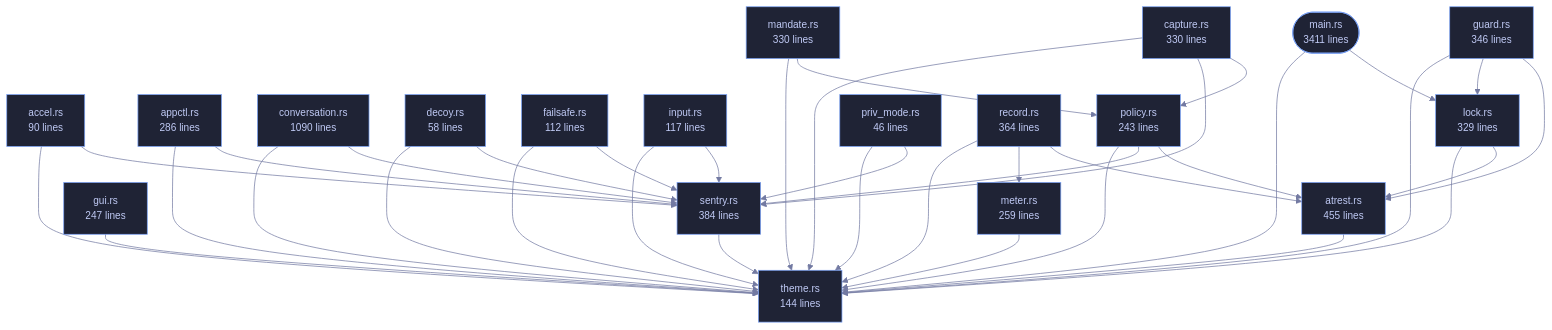
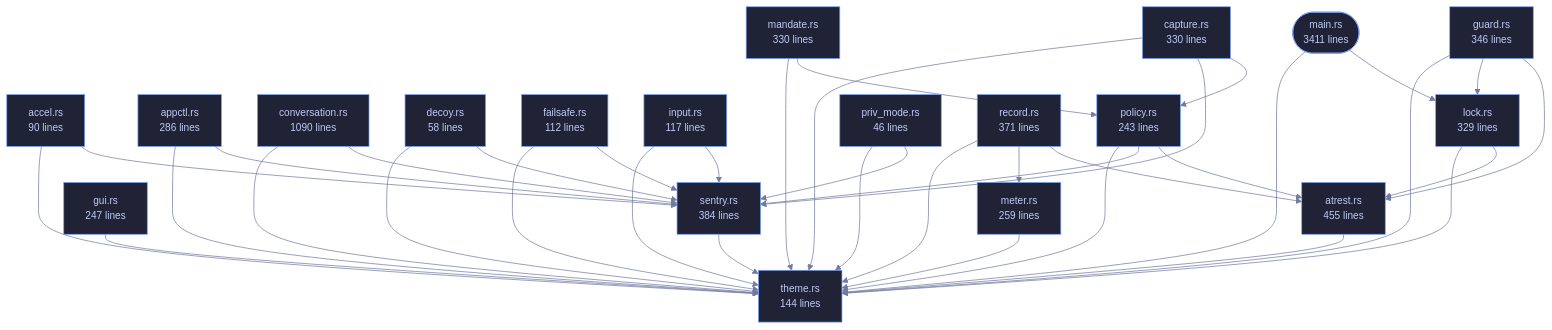
Before and after one commit to tilas01/veilvoice: the diagram in wiki/Crate-veilvoice-cli.md, drawn with Mermaid. The commit also changed other lines of this file and 100 other files, not shown here.

````diff
--- a/wiki/Crate-veilvoice-cli.md
+++ b/wiki/Crate-veilvoice-cli.md
@@ -97,78 +97,78 @@
 ```mermaid
 %%{init: {"theme":"base","themeVariables":{"background":"#1a1b26","primaryColor":"#1f2335","primaryTextColor":"#c0caf5","primaryBorderColor":"#7aa2f7","secondaryColor":"#16161e","tertiaryColor":"#16161e","lineColor":"#737aa2","textColor":"#c0caf5","mainBkg":"#1f2335","nodeBorder":"#7aa2f7","clusterBkg":"#16161e","clusterBorder":"#2f3549","fontFamily":"ui-monospace, SFMono-Regular, Consolas, monospace","fontSize":"14px"}}}%%
 flowchart TD
     n_main(["main.rs<br/>3411 lines"])
     n_accel["accel.rs<br/>90 lines"]
     n_appctl["appctl.rs<br/>286 lines"]
     n_atrest["atrest.rs<br/>455 lines"]
     n_capture["capture.rs<br/>330 lines"]
     n_conversation["conversation.rs<br/>1090 lines"]
     n_decoy["decoy.rs<br/>58 lines"]
     n_failsafe["failsafe.rs<br/>112 lines"]
     n_guard["guard.rs<br/>346 lines"]
     n_gui["gui.rs<br/>247 lines"]
     n_input["input.rs<br/>117 lines"]
     n_lock["lock.rs<br/>329 lines"]
     n_mandate["mandate.rs<br/>330 lines"]
     n_meter["meter.rs<br/>259 lines"]
     n_policy["policy.rs<br/>243 lines"]
     n_priv_mode["priv_mode.rs<br/>46 lines"]
-    n_record["record.rs<br/>364 lines"]
+    n_record["record.rs<br/>371 lines"]
     n_sentry["sentry.rs<br/>384 lines"]
     n_theme["theme.rs<br/>144 lines"]
     n_accel --> n_sentry
     n_accel --> n_theme
     n_appctl --> n_sentry
     n_appctl --> n_theme
     n_atrest --> n_theme
     n_capture --> n_policy
     n_capture --> n_sentry
     n_capture --> n_theme
     n_conversation --> n_sentry
     n_conversation --> n_theme
     n_decoy --> n_sentry
     n_decoy --> n_theme
     n_failsafe --> n_sentry
     n_failsafe --> n_theme
     n_guard --> n_atrest
     n_guard --> n_lock
     n_guard --> n_theme
     n_gui --> n_theme
     n_input --> n_sentry
     n_input --> n_theme
     n_lock --> n_atrest
     n_lock --> n_theme
     n_main --> n_lock
     n_main --> n_theme
     n_mandate --> n_policy
     n_mandate --> n_theme
     n_meter --> n_theme
     n_policy --> n_atrest
     n_policy --> n_sentry
     n_policy --> n_theme
     n_priv_mode --> n_sentry
     n_priv_mode --> n_theme
     n_record --> n_atrest
     n_record --> n_meter
     n_record --> n_theme
     n_sentry --> n_theme
     click n_main href "https://github.com/tilas01/veilvoice/blob/main/crates/veilvoice-cli/src/main.rs" "open the source"
     click n_accel href "https://github.com/tilas01/veilvoice/blob/main/crates/veilvoice-cli/src/accel.rs" "open the source"
     click n_appctl href "https://github.com/tilas01/veilvoice/blob/main/crates/veilvoice-cli/src/appctl.rs" "open the source"
     click n_atrest href "https://github.com/tilas01/veilvoice/blob/main/crates/veilvoice-cli/src/atrest.rs" "open the source"
     click n_capture href "https://github.com/tilas01/veilvoice/blob/main/crates/veilvoice-cli/src/capture.rs" "open the source"
     click n_conversation href "https://github.com/tilas01/veilvoice/blob/main/crates/veilvoice-cli/src/conversation.rs" "open the source"
     click n_decoy href "https://github.com/tilas01/veilvoice/blob/main/crates/veilvoice-cli/src/decoy.rs" "open the source"
     click n_failsafe href "https://github.com/tilas01/veilvoice/blob/main/crates/veilvoice-cli/src/failsafe.rs" "open the source"
     click n_guard href "https://github.com/tilas01/veilvoice/blob/main/crates/veilvoice-cli/src/guard.rs" "open the source"
     click n_gui href "https://github.com/tilas01/veilvoice/blob/main/crates/veilvoice-cli/src/gui.rs" "open the source"
     click n_input href "https://github.com/tilas01/veilvoice/blob/main/crates/veilvoice-cli/src/input.rs" "open the source"
     click n_lock href "https://github.com/tilas01/veilvoice/blob/main/crates/veilvoice-cli/src/lock.rs" "open the source"
     click n_mandate href "https://github.com/tilas01/veilvoice/blob/main/crates/veilvoice-cli/src/mandate.rs" "open the source"
     click n_meter href "https://github.com/tilas01/veilvoice/blob/main/crates/veilvoice-cli/src/meter.rs" "open the source"
     click n_policy href "https://github.com/tilas01/veilvoice/blob/main/crates/veilvoice-cli/src/policy.rs" "open the source"
     click n_priv_mode href "https://github.com/tilas01/veilvoice/blob/main/crates/veilvoice-cli/src/priv_mode.rs" "open the source"
     click n_record href "https://github.com/tilas01/veilvoice/blob/main/crates/veilvoice-cli/src/record.rs" "open the source"
     click n_sentry href "https://github.com/tilas01/veilvoice/blob/main/crates/veilvoice-cli/src/sentry.rs" "open the source"
     click n_theme href "https://github.com/tilas01/veilvoice/blob/main/crates/veilvoice-cli/src/theme.rs" "open the source"
 ```
````
